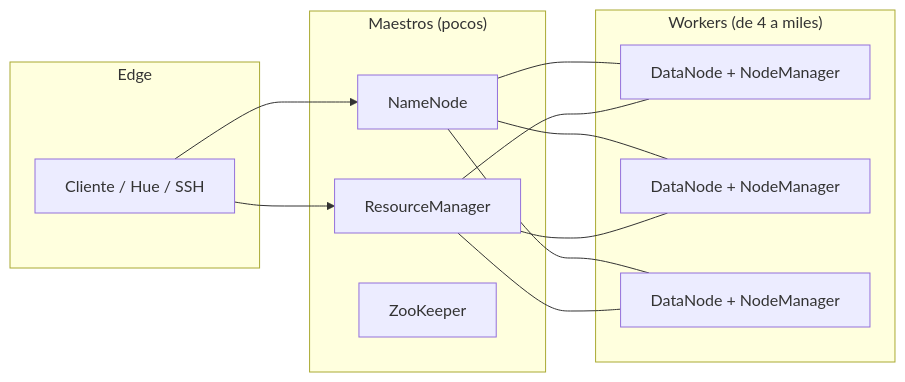
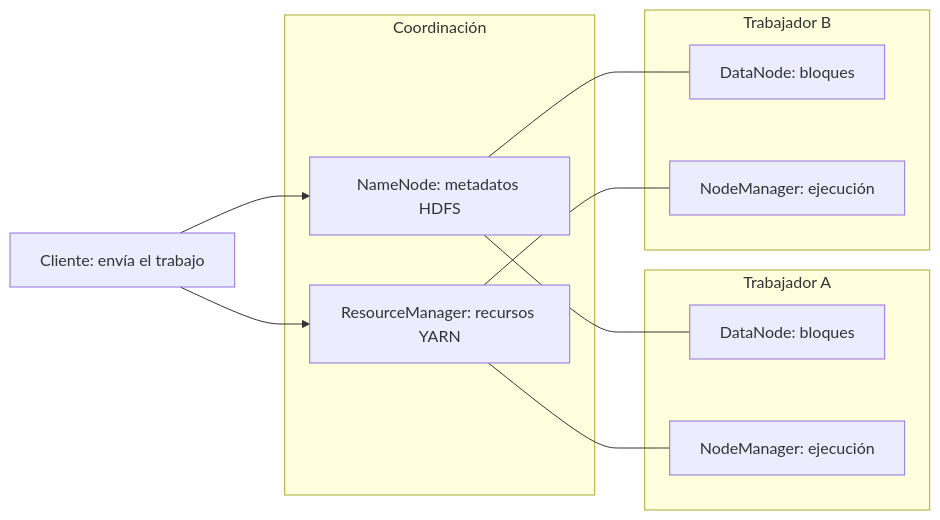
One commit to iesataulfoargentasor/bda_2026_2027 changed the first of 4 diagrams in docs/ut2/ecosistema.md. Above: the diagram before and after it, drawn with Mermaid. The commit also changed other lines of this file and 1 other file, not shown here.

````diff
--- a/docs/ut2/ecosistema.md
+++ b/docs/ut2/ecosistema.md
@@ -46,24 +53,22 @@
 ```mermaid
 flowchart LR
-  subgraph maestro["Maestros (pocos)"]
-    NN[NameNode]
-    RM[ResourceManager]
-    ZK[ZooKeeper]
+  subgraph coordinacion["Coordinación"]
+    NN["NameNode: metadatos HDFS"]
+    RM["ResourceManager: recursos YARN"]
   end
-  subgraph workers["Workers (de 4 a miles)"]
-    DN1[DataNode + NodeManager]
-    DN2[DataNode + NodeManager]
-    DN3[DataNode + NodeManager]
+  CLI["Cliente: envía el trabajo"]
+  subgraph w1["Trabajador A"]
+    DN1["DataNode: bloques"]
+    NM1["NodeManager: ejecución"]
   end
-  subgraph borde["Edge"]
-    CLI[Cliente / Hue / SSH]
+  subgraph w2["Trabajador B"]
+    DN2["DataNode: bloques"]
+    NM2["NodeManager: ejecución"]
   end
   CLI --> NN
   CLI --> RM
   NN --- DN1
   NN --- DN2
-  NN --- DN3
-  RM --- DN1
-  RM --- DN2
-  RM --- DN3
+  RM --- NM1
+  RM --- NM2
 ```
````
